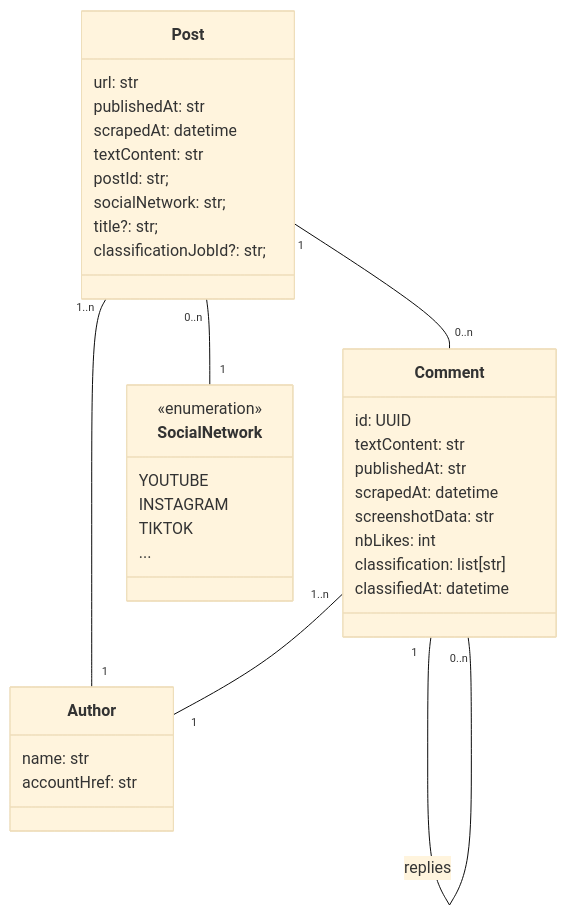
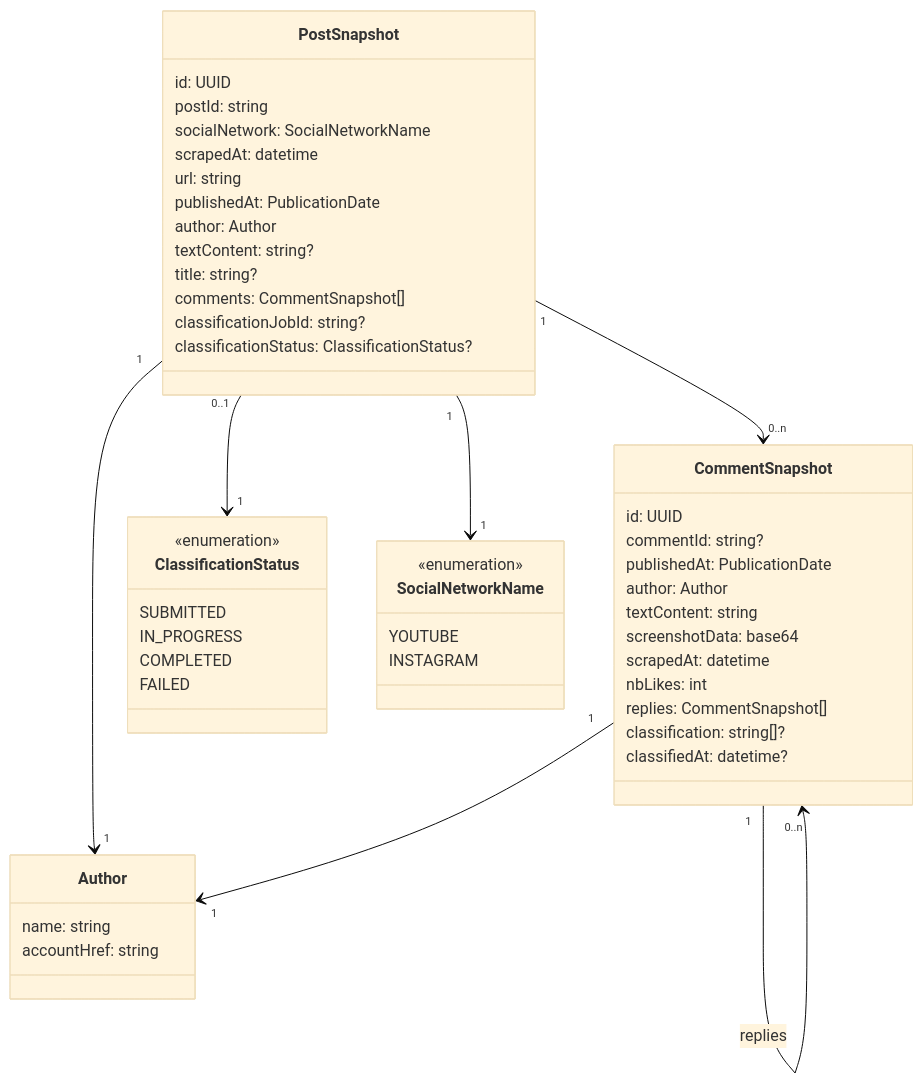
One commit to dataforgoodfr/14_BalanceTesHaters changed the diagram in docs/frontend/model.md. Above: the diagram before and after it, drawn with Mermaid (base theme). The commit also changed other lines of this file, not shown here.

````diff
--- a/docs/frontend/model.md
+++ b/docs/frontend/model.md
@@ -4,48 +5,67 @@
 ```mermaid
 classDiagram
-    class Post {
-        url: str
-        
-        publishedAt: str
+    class PostSnapshot {
+        id: UUID
 
+        postId: string
+        socialNetwork: SocialNetworkName
         scrapedAt: datetime
-        textContent: str
 
-        postId: str;
-        socialNetwork: str;
-        title?: str;
+        url: string
+        publishedAt: PublicationDate
+        author: Author
+        textContent: string?
+        title: string?
+        comments: CommentSnapshot[]
 
-        classificationJobId?: str;
-    }
-    
-    class Author {
-        name: str
-        accountHref: str
+        classificationJobId: string?
+        classificationStatus: ClassificationStatus?
     }
 
-    class Comment {
+
+    class CommentSnapshot {
         id: UUID
-        textContent: str
-        publishedAt: str
+        commentId: string?
+
+        publishedAt: PublicationDate
+        author: Author
+
+        textContent: string
+        screenshotData: base64
         scrapedAt: datetime
-        screenshotData: str
         nbLikes: int
+        replies: CommentSnapshot[]
 
-        classification: list[str]
-        classifiedAt: datetime
+        classification: string[]?
+        classifiedAt: datetime?
     }
 
-    class SocialNetwork {
+
+    class Author {
+        name: string
+        accountHref: string
+    }
+
+    class ClassificationStatus {
+        <<enumeration>>
+        SUBMITTED
+        IN_PROGRESS
+        COMPLETED
+        FAILED
+    }
+
+    class SocialNetworkName {
         <<enumeration>>
         YOUTUBE
         INSTAGRAM
-        TIKTOK
-        ...
     }
 
-    Post "1..n" -- "1" Author
-    Post "0..n" -- "1" SocialNetwork
-    Post "1" -- "0..n" Comment
-    Comment "1..n" -- "1" Author
-    Comment "1" -- "0..n" Comment : replies
+
+
+    PostSnapshot "1" --> "1" Author
+    PostSnapshot "1" --> "1" SocialNetworkName
+    PostSnapshot "1" --> "0..n" CommentSnapshot
+    PostSnapshot "0..1" --> "1" ClassificationStatus
+    CommentSnapshot "1" --> "1" Author
+    CommentSnapshot "1" --> "0..n" CommentSnapshot : replies
 ```
````
